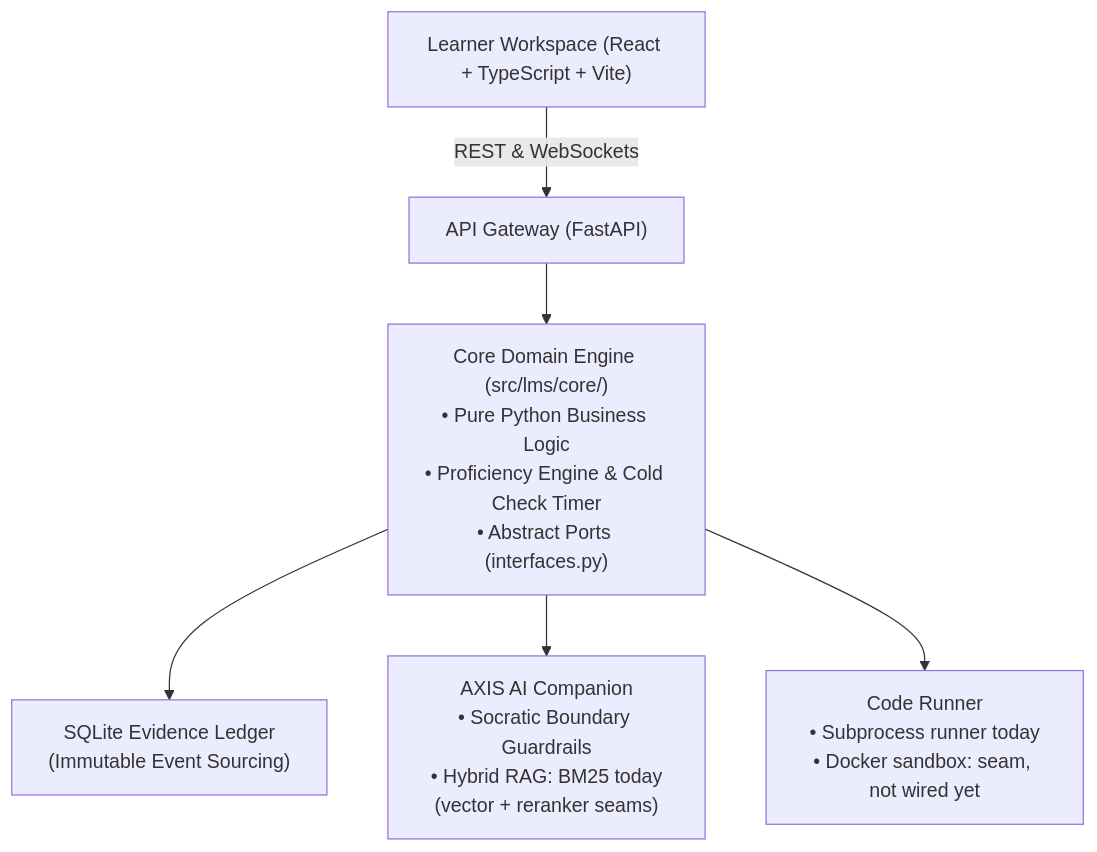
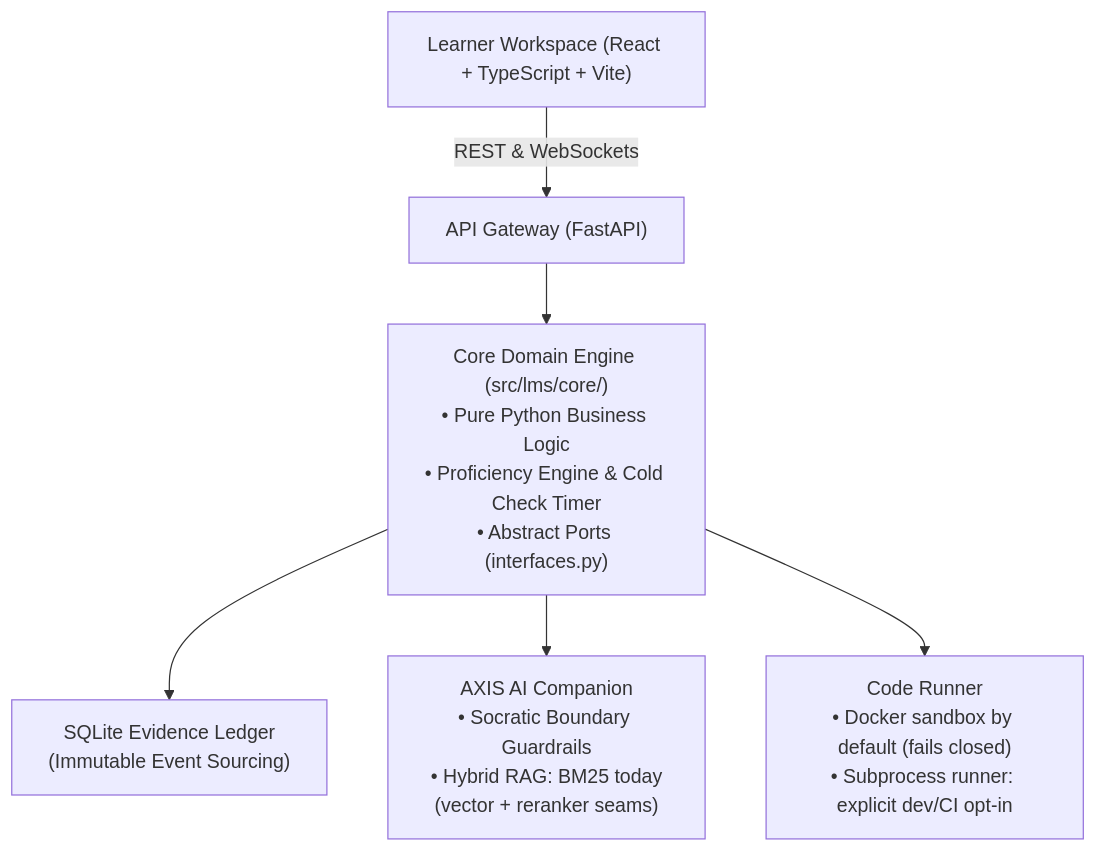
Before and after one commit to AsheeshSrivastava/aethelgard-academy: the diagram in README.md, drawn with Mermaid. The commit also changed other lines of this file and 16 other files, not shown here.

First line of the commit message:
Add a real Docker runner for learner code that fails closed (audit A6)

````diff
--- a/README.md
+++ b/README.md
@@ -35,9 +35,9 @@
 ```mermaid
 flowchart TD
     UI["Learner Workspace (React + TypeScript + Vite)"] -->|REST & WebSockets| API["API Gateway (FastAPI)"]
     API --> Core["Core Domain Engine (src/lms/core/)<br/>• Pure Python Business Logic<br/>• Proficiency Engine & Cold Check Timer<br/>• Abstract Ports (interfaces.py)"]
     
     Core --> DB["SQLite Evidence Ledger<br/>(Immutable Event Sourcing)"]
     Core --> AI["AXIS AI Companion<br/>• Socratic Boundary Guardrails<br/>• Hybrid RAG: BM25 today<br/>(vector + reranker seams)"]
-    Core --> Runner["Code Runner<br/>• Subprocess runner today<br/>• Docker sandbox: seam, not wired yet"]
+    Core --> Runner["Code Runner<br/>• Docker sandbox by default (fails closed)<br/>• Subprocess runner: explicit dev/CI opt-in"]
 ```
````
